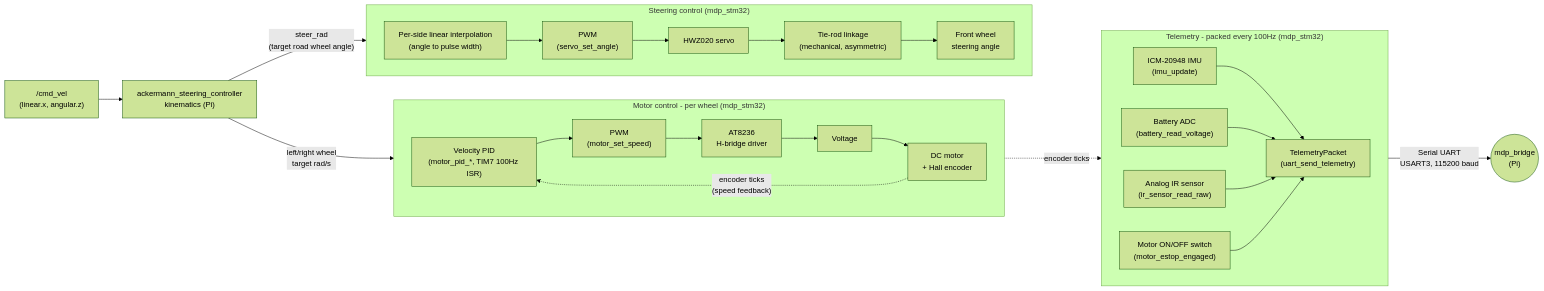
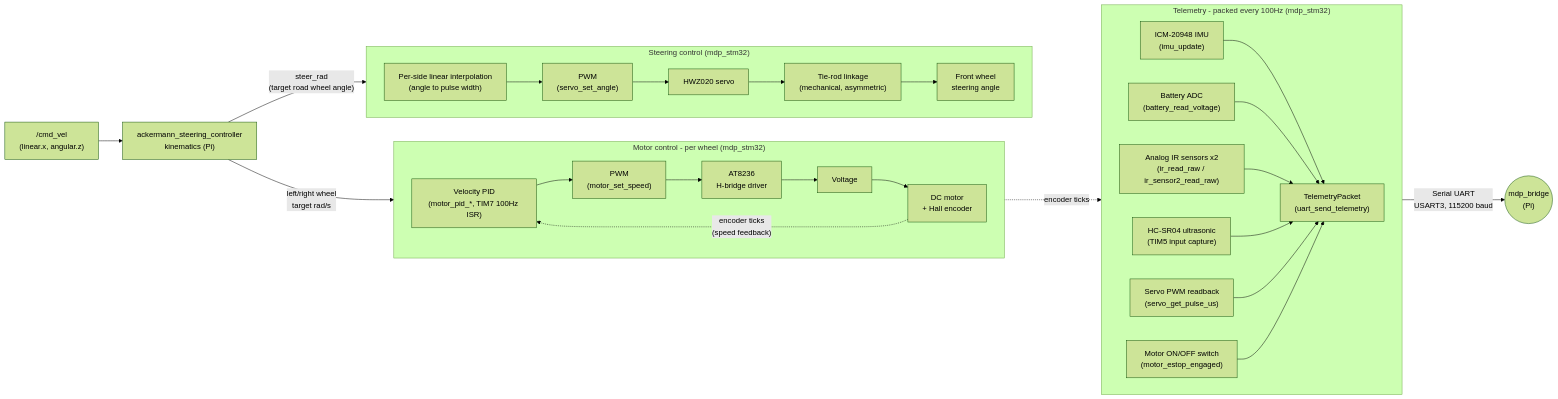
The second of 2 diagrams in docs/stm32/index.md (Alvin0523/mdp), drawn with Mermaid (forest theme) before and after one commit. The commit also changed other lines of this file and 3 other files, not shown here.

````diff
--- a/docs/stm32/index.md
+++ b/docs/stm32/index.md
@@ -102,36 +105,38 @@
 ```mermaid
 flowchart LR
     CMD["/cmd_vel<br/>(linear.x, angular.z)"] --> KIN["ackermann_steering_controller<br/>kinematics (Pi)"]
 
     KIN -->|"left/right wheel<br/>target rad/s"| MPID
     KIN -->|"steer_rad<br/>(target road wheel angle)"| SMAP
 
     subgraph MOTOR["Motor control - per wheel (mdp_stm32)"]
         direction LR
         MPID["Velocity PID<br/>(motor_pid_*, TIM7 100Hz ISR)"] --> MPWM["PWM<br/>(motor_set_speed)"]
         MPWM --> MDRV["AT8236<br/>H-bridge driver"]
         MDRV --> MVOLT["Voltage"]
         MVOLT --> MMOTOR["DC motor<br/>+ Hall encoder"]
         MMOTOR -.->|"encoder ticks<br/>(speed feedback)"| MPID
     end
 
     subgraph SERVO["Steering control (mdp_stm32)"]
         direction LR
         SMAP["Per-side linear interpolation<br/>(angle to pulse width)"] --> SPWM["PWM<br/>(servo_set_angle)"]
         SPWM --> SHW["HWZ020 servo"]
         SHW --> SLINK["Tie-rod linkage<br/>(mechanical, asymmetric)"]
         SLINK --> SANGLE["Front wheel<br/>steering angle"]
     end
 
     subgraph TELEM["Telemetry - packed every 100Hz (mdp_stm32)"]
         direction LR
         IMUSENS["ICM-20948 IMU<br/>(imu_update)"] --> TPKT
         BATT["Battery ADC<br/>(battery_read_voltage)"] --> TPKT
-        IRSENS["Analog IR sensor<br/>(ir_sensor_read_raw)"] --> TPKT
+        IRSENS["Analog IR sensors x2<br/>(ir_read_raw / ir_sensor2_read_raw)"] --> TPKT
+        USSENS["HC-SR04 ultrasonic<br/>(TIM5 input capture)"] --> TPKT
+        SPWM2["Servo PWM readback<br/>(servo_get_pulse_us)"] --> TPKT
         SW["Motor ON/OFF switch<br/>(motor_estop_engaged)"] --> TPKT
         TPKT["TelemetryPacket<br/>(uart_send_telemetry)"]
     end
 
     MMOTOR -.->|"encoder ticks"| TPKT
     TPKT -->|"Serial UART<br/>USART3, 115200 baud"| HOST(("mdp_bridge<br/>(Pi)"))
 ```
````
